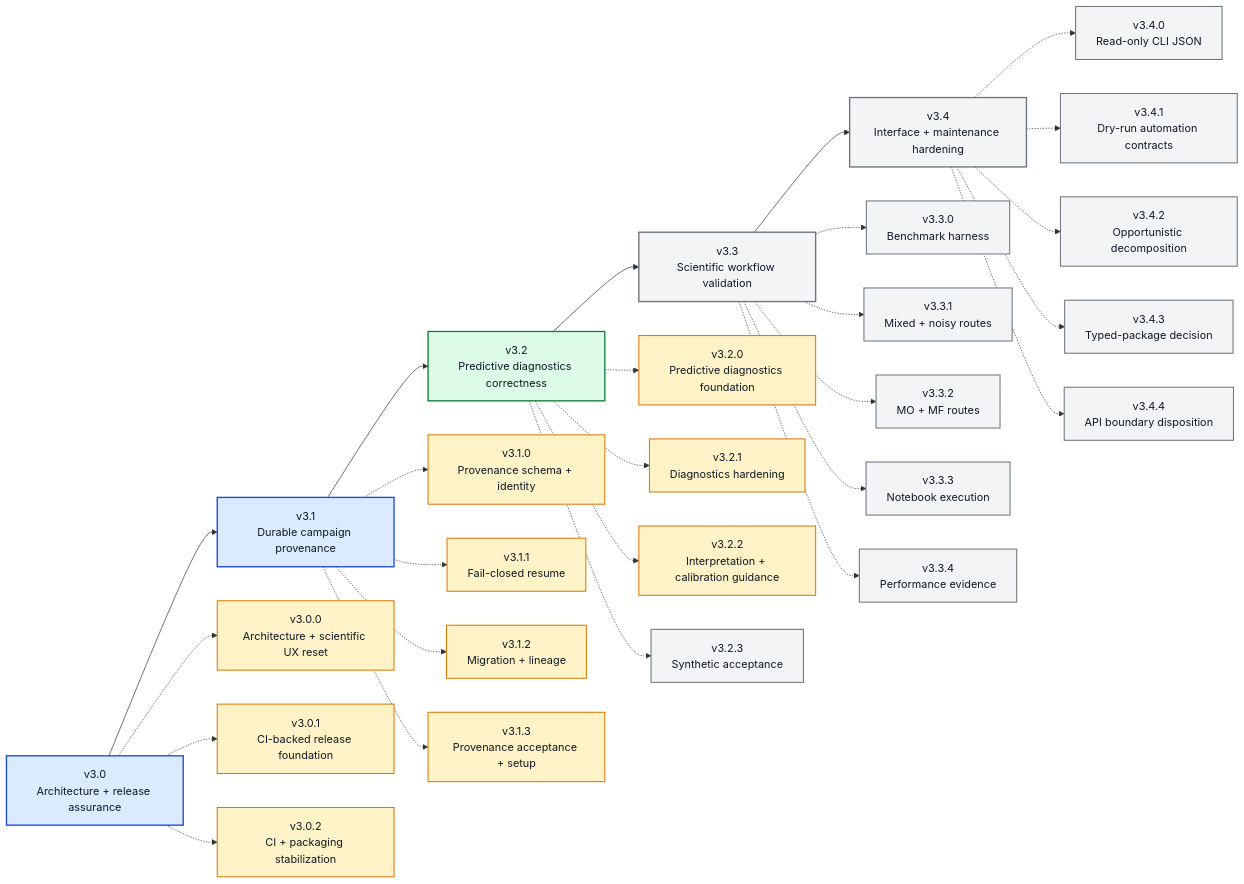
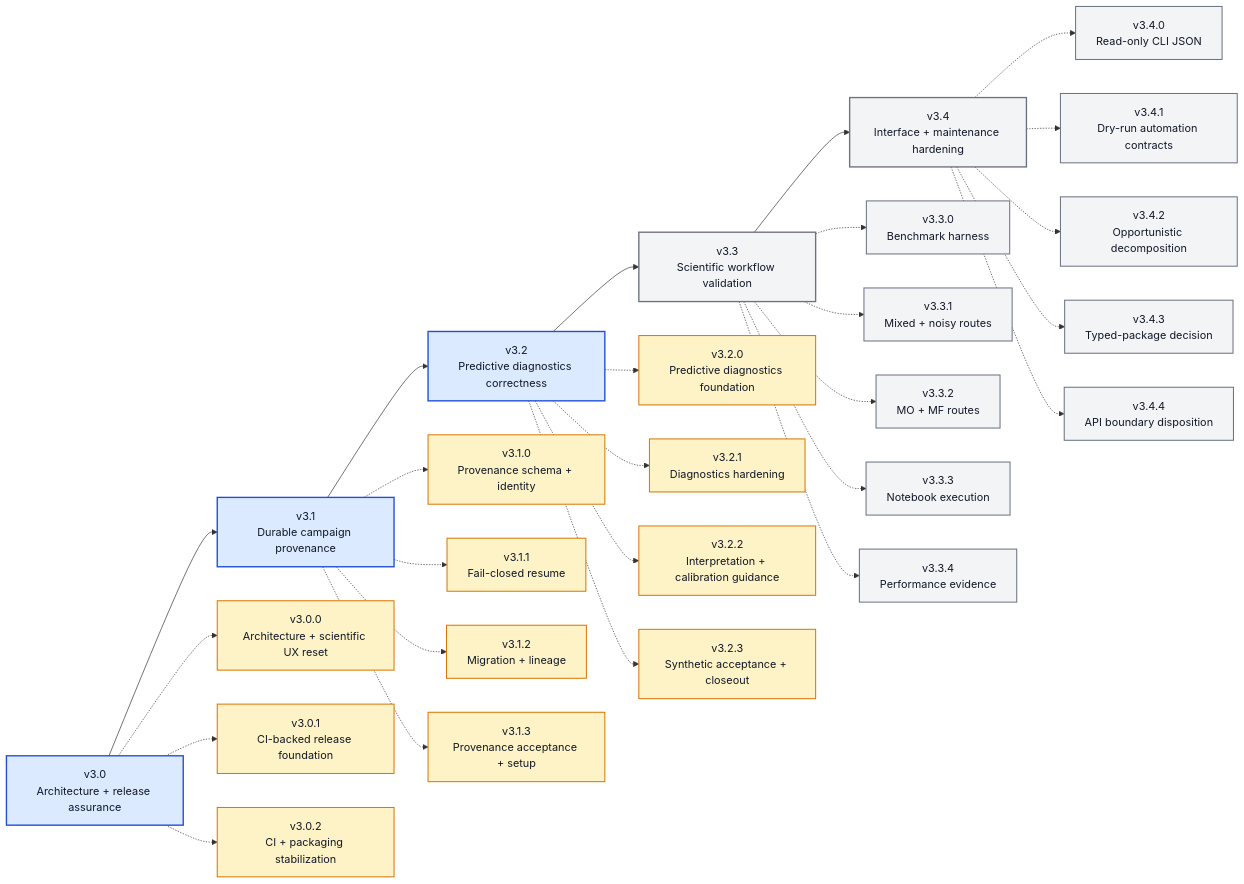
Before and after one commit to angzeli/bo-forge: the diagram in ROADMAP_V3_X.md, drawn with Mermaid. The commit also changed other lines of this file and 28 other files, not shown here.

````diff
--- a/ROADMAP_V3_X.md
+++ b/ROADMAP_V3_X.md
@@ -16,63 +16,62 @@
 ```mermaid
 flowchart LR
     v30["v3.0<br/>Architecture + release assurance"] --> v31["v3.1<br/>Durable campaign provenance"] --> v32["v3.2<br/>Predictive diagnostics correctness"] --> v33["v3.3<br/>Scientific workflow validation"] --> v34["v3.4<br/>Interface + maintenance hardening"]
 
     v300["v3.0.0<br/>Architecture + scientific UX reset"]
     v301["v3.0.1<br/>CI-backed release foundation"]
     v302["v3.0.2<br/>CI + packaging stabilization"]
     v310["v3.1.0<br/>Provenance schema + identity"]
     v311["v3.1.1<br/>Fail-closed resume"]
     v312["v3.1.2<br/>Migration + lineage"]
     v313["v3.1.3<br/>Provenance acceptance + setup"]
     v320["v3.2.0<br/>Predictive diagnostics foundation"]
     v321["v3.2.1<br/>Diagnostics hardening"]
     v322["v3.2.2<br/>Interpretation + calibration guidance"]
-    v323["v3.2.3<br/>Synthetic acceptance"]
+    v323["v3.2.3<br/>Synthetic acceptance + closeout"]
     v330["v3.3.0<br/>Benchmark harness"]
     v331["v3.3.1<br/>Mixed + noisy routes"]
     v332["v3.3.2<br/>MO + MF routes"]
     v333["v3.3.3<br/>Notebook execution"]
     v334["v3.3.4<br/>Performance evidence"]
     v340["v3.4.0<br/>Read-only CLI JSON"]
     v341["v3.4.1<br/>Dry-run automation contracts"]
     v342["v3.4.2<br/>Opportunistic decomposition"]
     v343["v3.4.3<br/>Typed-package decision"]
     v344["v3.4.4<br/>API boundary disposition"]
 
     v30 -.-> v300
     v30 -.-> v301
     v30 -.-> v302
     v31 -.-> v310
     v31 -.-> v311
     v31 -.-> v312
     v31 -.-> v313
     v32 -.-> v320
     v32 -.-> v321
     v32 -.-> v322
     v32 -.-> v323
     v33 -.-> v330
     v33 -.-> v331
     v33 -.-> v332
     v33 -.-> v333
     v33 -.-> v334
     v34 -.-> v340
     v34 -.-> v341
     v34 -.-> v342
     v34 -.-> v343
     v34 -.-> v344
 
-    class v30,v31 majorDone
-    class v32 majorActive
+    class v30,v31,v32 majorDone
     class v33,v34 majorFuture
     class v300,v301,v302 patchDone
     class v310,v311,v312,v313 patchDone
-    class v320,v321,v322 patchDone
-    class v323,v330,v331,v332,v333,v334,v340,v341,v342,v343,v344 patchFuture
+    class v320,v321,v322,v323 patchDone
+    class v330,v331,v332,v333,v334,v340,v341,v342,v343,v344 patchFuture
 
     classDef majorDone fill:#dbeafe,stroke:#1d4ed8,stroke-width:2px,color:#111827;
     classDef majorActive fill:#dcfce7,stroke:#15803d,stroke-width:2px,color:#111827;
     classDef majorFuture fill:#f3f4f6,stroke:#6b7280,stroke-width:2px,color:#111827;
     classDef patchDone fill:#fef3c7,stroke:#d97706,stroke-width:1.5px,color:#111827;
     classDef patchActive fill:#dcfce7,stroke:#15803d,stroke-width:1.5px,color:#111827;
     classDef patchFuture fill:#f3f4f6,stroke:#6b7280,stroke-width:1.5px,color:#111827;
 ```
````
